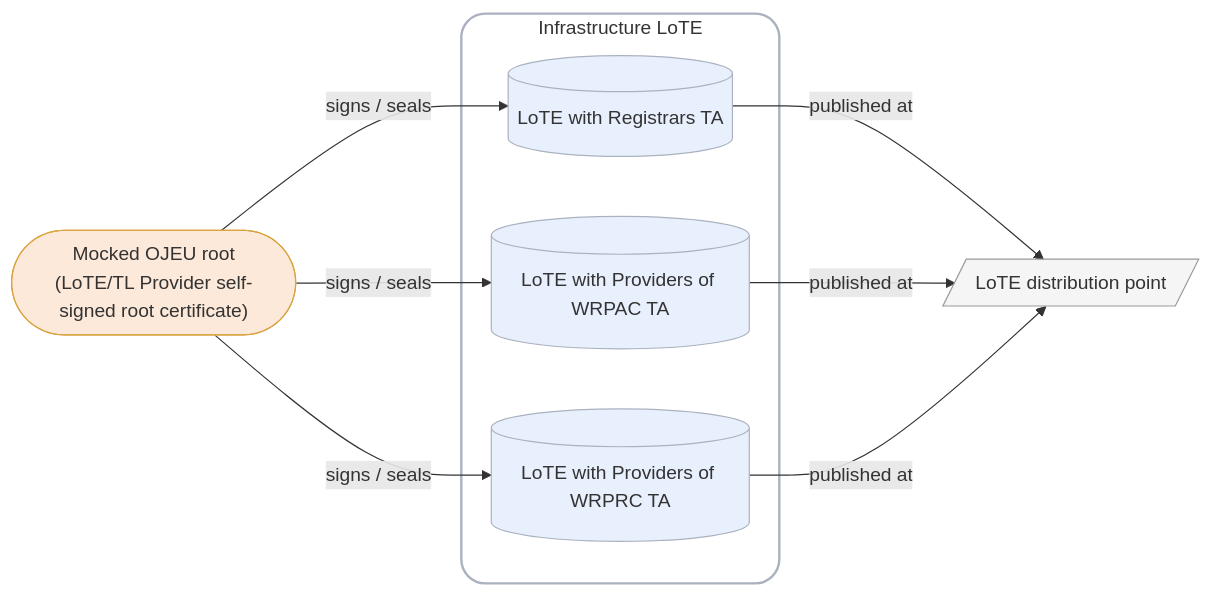
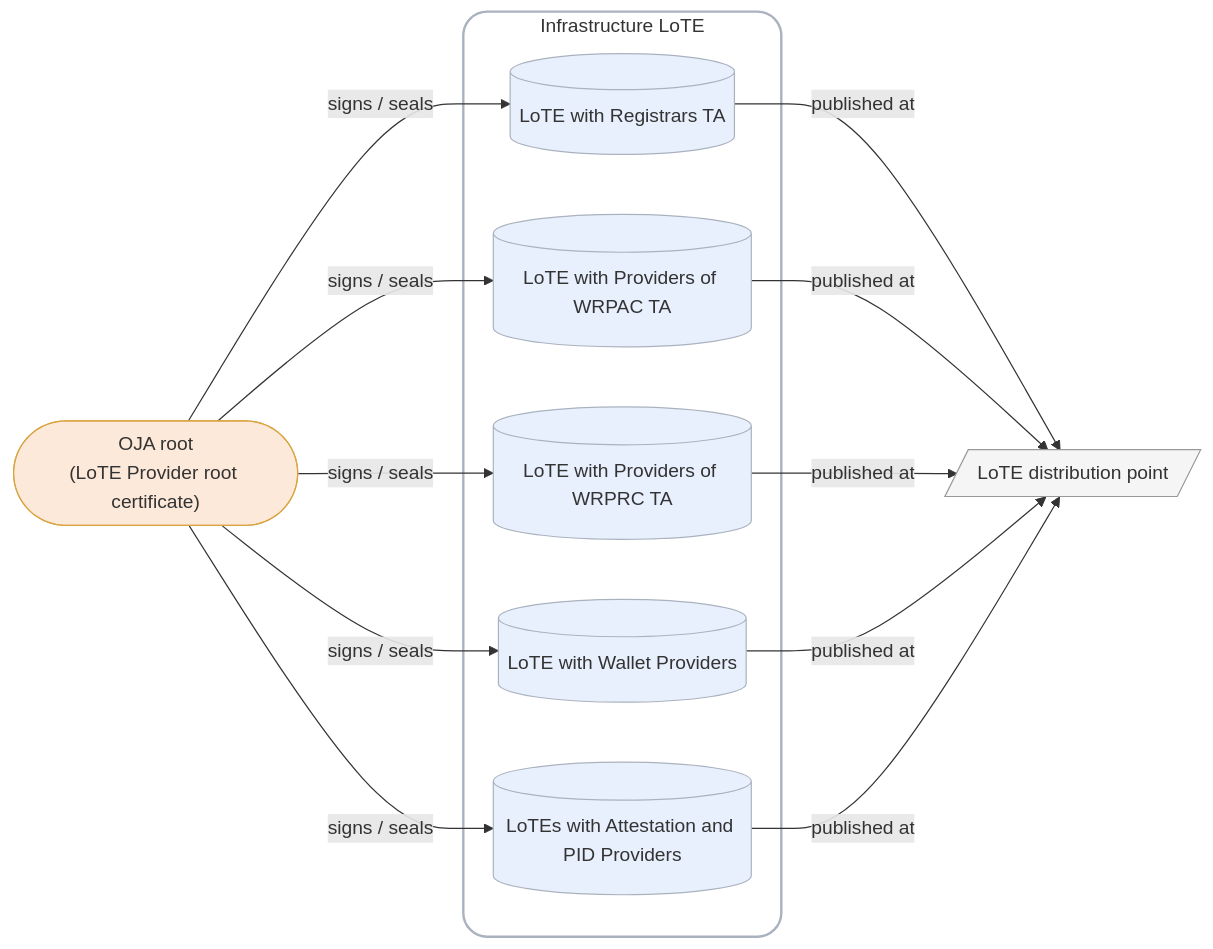
The second of 5 diagrams in docs/topics/onboarding-process.md (APTITUDE-Consortium/wp2-trust-specifications), drawn with Mermaid before and after one commit. The commit also changed other lines of this file, not shown here.

````diff
--- a/docs/topics/onboarding-process.md
+++ b/docs/topics/onboarding-process.md
@@ -66,29 +66,35 @@
 ```mermaid
 graph LR
 
-    OJEU(["Mocked OJEU root<br/>(LoTE/TL Provider self-signed root certificate)"])
+    OJA(["OJA root<br/>(LoTE Provider root certificate)"])
 
     subgraph LoTE["Infrastructure LoTE"]
         L1[("LoTE with Registrars TA")]
         L2[("LoTE with Providers of WRPAC TA")]
         L3[("LoTE with Providers of WRPRC TA")]
+        L4[("LoTE with Wallet Providers")]
+        L5[("LoTEs with Attestation and PID Providers")]
     end
 
     DP[/"LoTE distribution point"/]
 
-    OJEU -->|"signs / seals"| L1
-    OJEU -->|"signs / seals"| L2
-    OJEU -->|"signs / seals"| L3
+    OJA -->|"signs / seals"| L1
+    OJA -->|"signs / seals"| L2
+    OJA -->|"signs / seals"| L3
+    OJA -->|"signs / seals"| L4
+    OJA -->|"signs / seals"| L5
     L1 -->|"published at"| DP
     L2 -->|"published at"| DP
     L3 -->|"published at"| DP
+    L4 -->|"published at"| DP
+    L5 -->|"published at"| DP
 
     %% Style
     style LoTE fill:#ffff,stroke:#abb2bf,stroke-width:2px,rx:20,ry:20
     classDef list fill:#e8f0fe,stroke:#abb2bf
     classDef dp fill:#f5f5f5,stroke:#999
     classDef root fill:#fde9d9,stroke:#d9a441
-    class L1,L2,L3 list;
-    class OJEU root;
+    class L1,L2,L3,L4,L5 list;
+    class OJA root;
     class DP dp;
 ```
````
